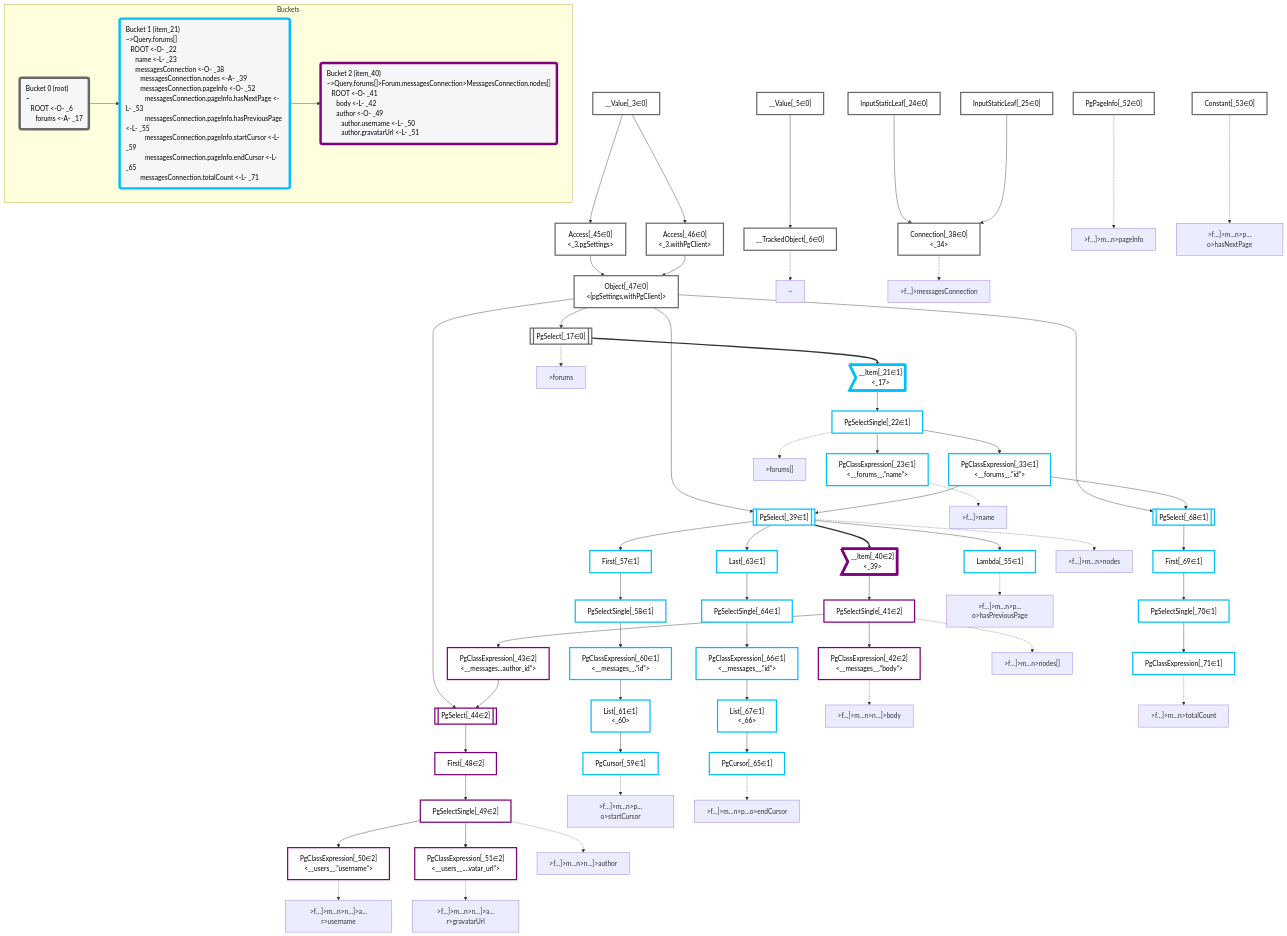
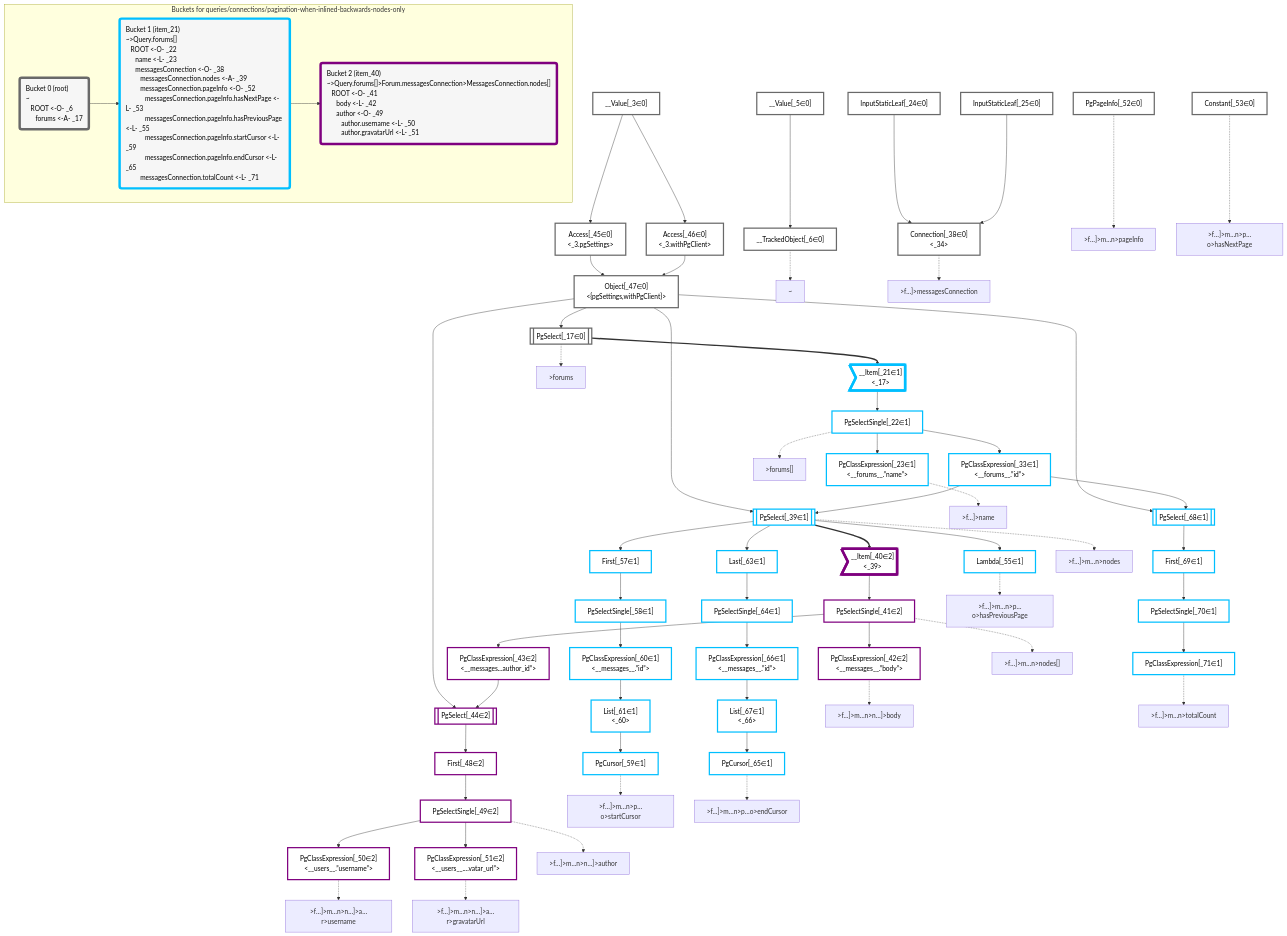
The diagram in packages/dataplan-pg/__tests__/queries/connections/pagination-when-inlined-backwards-nodes-only.deopt.mermaid.md (graphile/crystal), drawn with Mermaid before and after one commit. The commit also changed 195 other files, not shown here.

```diff
--- a/packages/dataplan-pg/__tests__/queries/connections/pagination-when-inlined-backwards-nodes-only.deopt.mermaid.md
+++ b/packages/dataplan-pg/__tests__/queries/connections/pagination-when-inlined-backwards-nodes-only.deopt.mermaid.md
@@ -136,7 +136,7 @@
     classDef bucket2 stroke:#7f007f
     class __Item_40,PgSelectSingle_41,PgClassExpression_42,PgClassExpression_43,PgSelect_44,First_48,PgSelectSingle_49,PgClassExpression_50,PgClassExpression_51 bucket2
 
-    subgraph Buckets
+    subgraph "Buckets for queries/connections/pagination-when-inlined-backwards-nodes-only"
     Bucket0("Bucket 0 (root)<br />~<br />⠀ROOT <-O- _6<br />⠀⠀forums <-A- _17"):::bucket
     style Bucket0 stroke:#696969
     Bucket1("Bucket 1 (item_21)<br />~>Query.forums[]<br />⠀ROOT <-O- _22<br />⠀⠀name <-L- _23<br />⠀⠀messagesConnection <-O- _38<br />⠀⠀⠀messagesConnection.nodes <-A- _39<br />⠀⠀⠀messagesConnection.pageInfo <-O- _52<br />⠀⠀⠀⠀messagesConnection.pageInfo.hasNextPage <-L- _53<br />⠀⠀⠀⠀messagesConnection.pageInfo.hasPreviousPage <-L- _55<br />⠀⠀⠀⠀messagesConnection.pageInfo.startCursor <-L- _59<br />⠀⠀⠀⠀messagesConnection.pageInfo.endCursor <-L- _65<br />⠀⠀⠀messagesConnection.totalCount <-L- _71"):::bucket
```
